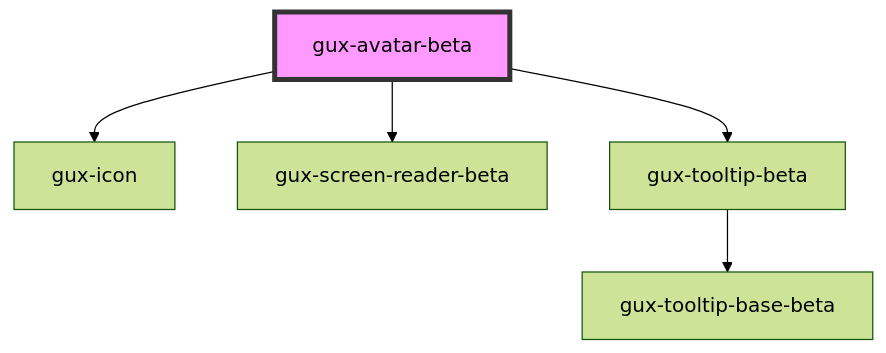
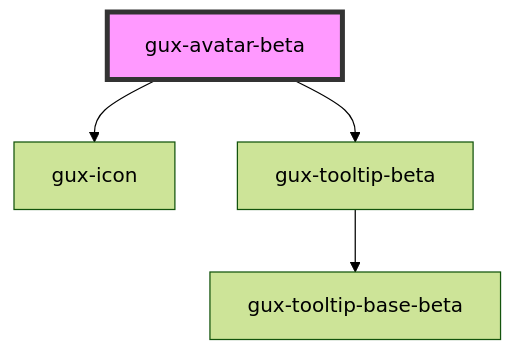
Before and after one commit to MyPureCloud/genesys-spark: the diagram in packages/genesys-spark-components/src/components/beta/gux-avatar/readme.md, drawn with Mermaid (forest theme). The commit also changed other lines of this file and 13 other files, not shown here.

````diff
--- a/packages/genesys-spark-components/src/components/beta/gux-avatar/readme.md
+++ b/packages/genesys-spark-components/src/components/beta/gux-avatar/readme.md
@@ -62,8 +61,7 @@
 ```mermaid
 graph TD;
   gux-avatar-beta --> gux-icon
-  gux-avatar-beta --> gux-screen-reader-beta
   gux-avatar-beta --> gux-tooltip-beta
   gux-tooltip-beta --> gux-tooltip-base-beta
   style gux-avatar-beta fill:#f9f,stroke:#333,stroke-width:4px
 ```
````
